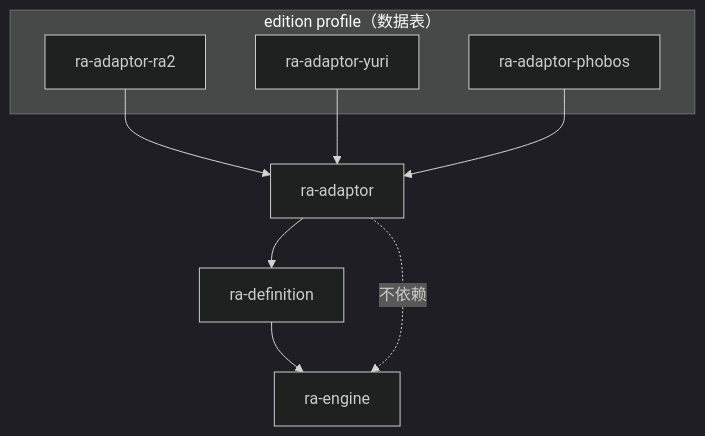
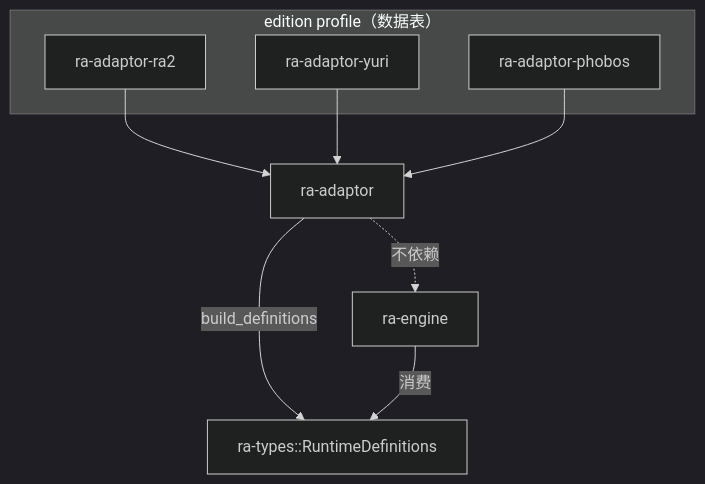
One commit to rust-alert/ra2.exe changed the first of 4 diagrams in projects/ra-adaptor/readme.md. Above: the diagram before and after it, drawn with Mermaid (dark theme). The commit also changed other lines of this file and 46 other files, not shown here.

First line of the commit message:
♻️ Fold `RuntimeDefinitions` into `ra-types` and drop `ra-definition`

````diff
--- a/projects/ra-adaptor/readme.md
+++ b/projects/ra-adaptor/readme.md
@@ -17,18 +9,18 @@
 ```mermaid
 flowchart TB
     subgraph profiles["edition profile（数据表）"]
         ra2p[ra-adaptor-ra2]
         yrp[ra-adaptor-yuri]
         ph[ra-adaptor-phobos]
     end
     ad[ra-adaptor]
-    def[ra-definition]
+    types["ra-types::RuntimeDefinitions"]
     eng[ra-engine]
 
     ra2p --> ad
     yrp --> ad
     ph --> ad
-    ad --> def
-    def --> eng
+    ad -->|build_definitions| types
+    eng -->|消费| types
     ad -.->|不依赖| eng
 ```
````
